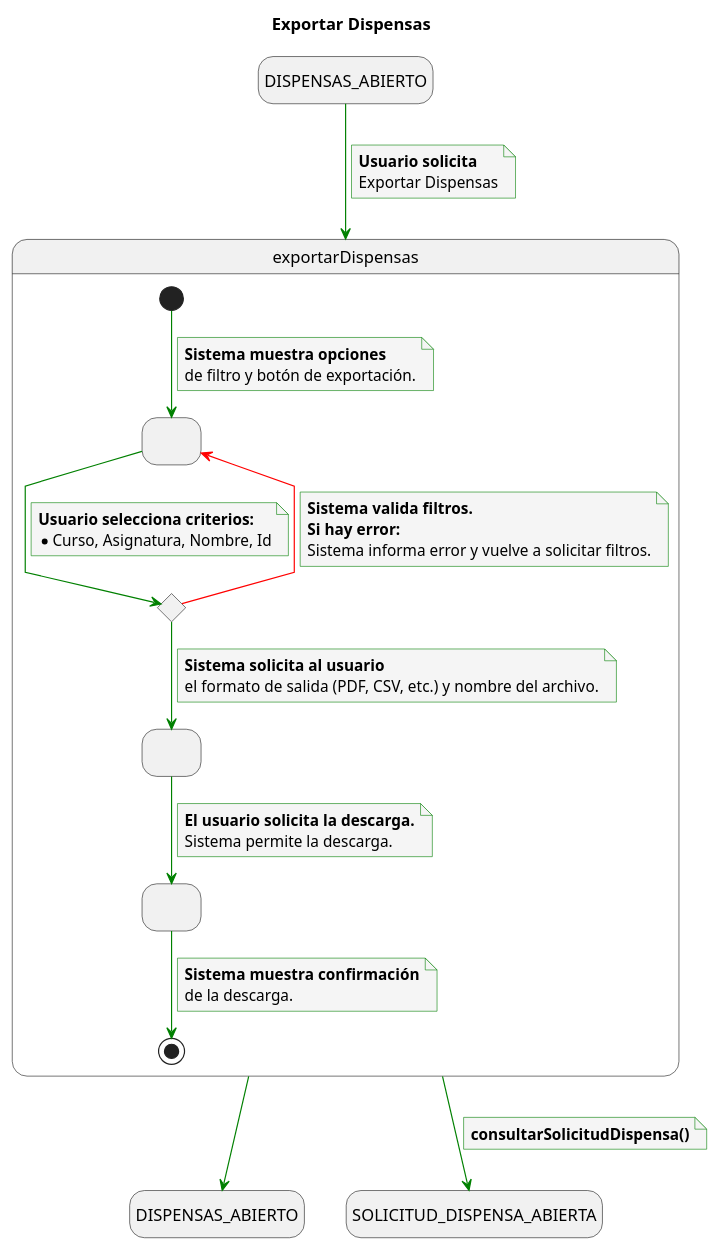
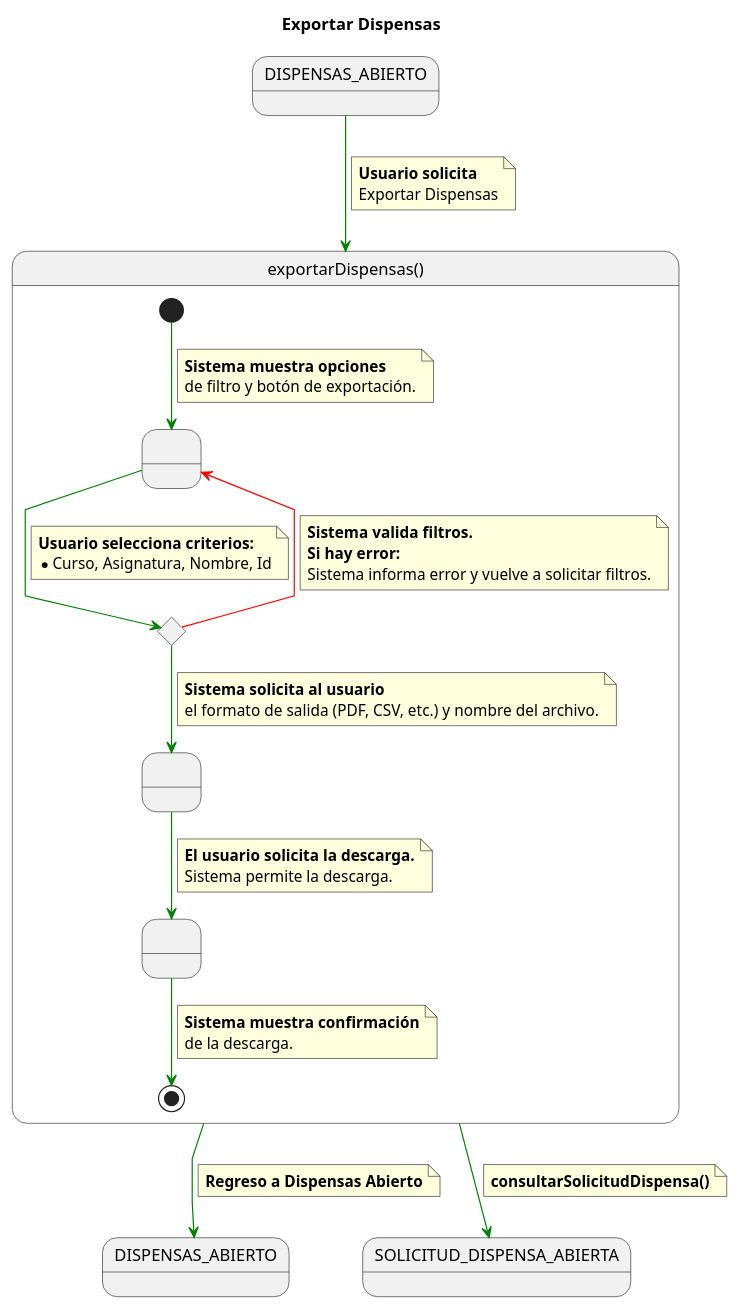
The diagram in documents/CasosDeUso/DetalladoCasosDeUso/Secretaria/exportarDispensas.puml (enmabry/25-26-IdSw1-SdR), drawn with PlantUML before and after one commit. The commit also changed 21 other files, not shown here.

```diff
--- a/documents/CasosDeUso/DetalladoCasosDeUso/Secretaria/exportarDispensas.puml
+++ b/documents/CasosDeUso/DetalladoCasosDeUso/Secretaria/exportarDispensas.puml
@@ -1,82 +1,78 @@
 @startuml
 title Exportar Dispensas
 
-skinparam {
-    NoteBackgroundColor #whiteSmoke
-    ArrowColor #green
-    NoteBorderColor #green
-    linetype polyline
-}
-
-hide empty description
+skinparam linetype polyline
 
 ' Estados inicial y final globales basados en el Diagrama de Contexto
 state startState as "DISPENSAS_ABIERTO"
 state endState1 as "DISPENSAS_ABIERTO" 
 state endState2 as "SOLICITUD_DISPENSA_ABIERTA"
 
-startState --> exportarDispensas
+startState -[#green]-> exportarDispensas
 note on link
     <b>Usuario solicita</b>
     Exportar Dispensas
 end note
 
-state exportarDispensas {
+state exportarDispensas as "exportarDispensas()" {
     state SolicitudFiltros as " "
     state ValidarFiltros <<choice>>
+    state SolicitudFormato as " "
+    state Descarga as " "
 
     ' 1. Inicio: Solicita los filtros
-    [*] --> SolicitudFiltros
+    [*] -[#green]-> SolicitudFiltros
     note on link
         <b>Sistema muestra opciones</b>
         de filtro y botón de exportación.
     end note
 
     ' 2. El usuario selecciona los filtros
-    SolicitudFiltros --> ValidarFiltros
+    SolicitudFiltros -[#green]-> ValidarFiltros
     note on link
         <b>Usuario selecciona criterios:</b>
         * Curso, Asignatura, Nombre, Id
     end note
 
     ' --- 3. FLUJO ALTERNATIVO (Error de filtros - Camino Rojo) ---
     ValidarFiltros -[#red]-> SolicitudFiltros
     note on link
         <b>Sistema valida filtros.</b>
         <b>Si hay error:</b>
         Sistema informa error y vuelve a solicitar filtros.
     end note
 
-    ' --- 4. FLUJO BÁSICO (Éxito) ---
-    ValidarFiltros --> SolicitudFormato
+    ' --- 4. FLUJO BÁSICO (Éxito - Verde) ---
+    ValidarFiltros -[#green]-> SolicitudFormato
     
-    state SolicitudFormato as " "
     note on link
         <b>Sistema solicita al usuario</b>
         el formato de salida (PDF, CSV, etc.) y nombre del archivo.
     end note
     
-    SolicitudFormato --> Descarga
+    SolicitudFormato -[#green]-> Descarga
     
-    state Descarga as " "
     note on link
         <b>El usuario solicita la descarga.</b>
         Sistema permite la descarga.
     end note
     
-    Descarga --> [*]
+    Descarga -[#green]-> [*]
     note on link
         <b>Sistema muestra confirmación</b>
         de la descarga.
     end note
 }
 
 
-exportarDispensas --> endState1
+exportarDispensas -[#green]-> endState1
+note on link
+    <b>Regreso a Dispensas Abierto</b>
+end note
 
-exportarDispensas --> endState2
+exportarDispensas -[#green]-> endState2
 note on link
     <b>consultarSolicitudDispensa()</b>
 end note
 
 @enduml
```
